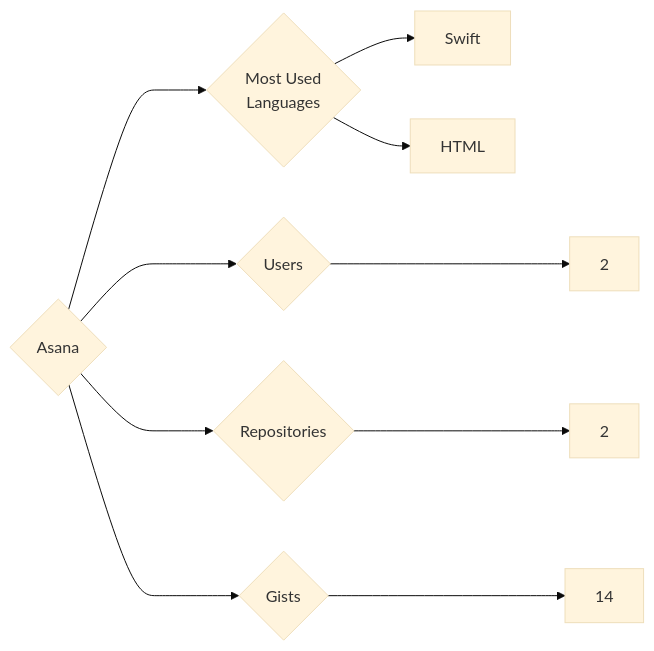
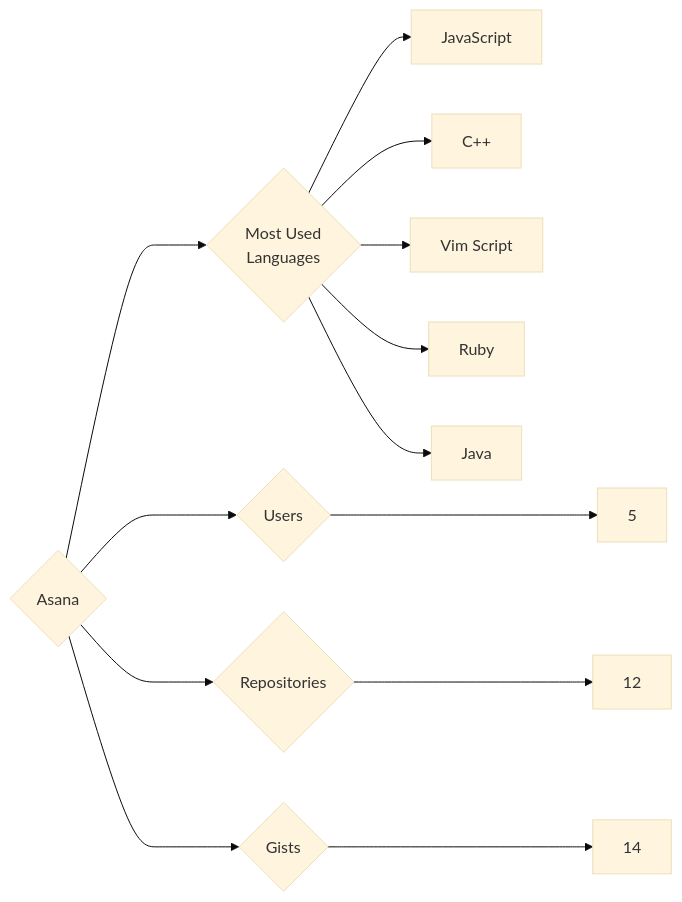
One commit to trickest/insiders changed the diagram in targets/Asana/README.md. Above: the diagram before and after it, drawn with Mermaid (base theme). The commit also changed 1149 other files, not shown here.

````diff
--- a/targets/Asana/README.md
+++ b/targets/Asana/README.md
@@ -3,10 +3,13 @@
 ```mermaid
 graph LR
 COMPANY_NAME{Asana}
-COMPANY_NAME ---> U{Users} ---> UN[2]
-COMPANY_NAME ---> R{Repositories} ---> RN[2]
+COMPANY_NAME ---> U{Users} ---> UN[5]
+COMPANY_NAME ---> R{Repositories} ---> RN[12]
 COMPANY_NAME ---> G{Gists} ---> GN[14]
 COMPANY_NAME ---> ML{Most Used<br>Languages}
-ML --> Swift[Swift]
-ML --> HTML[HTML]
+ML --> JavaScript[JavaScript]
+ML --> C++[C++]
+ML --> Vim_Script[Vim Script]
+ML --> Ruby[Ruby]
+ML --> Java[Java]
 ```
````
